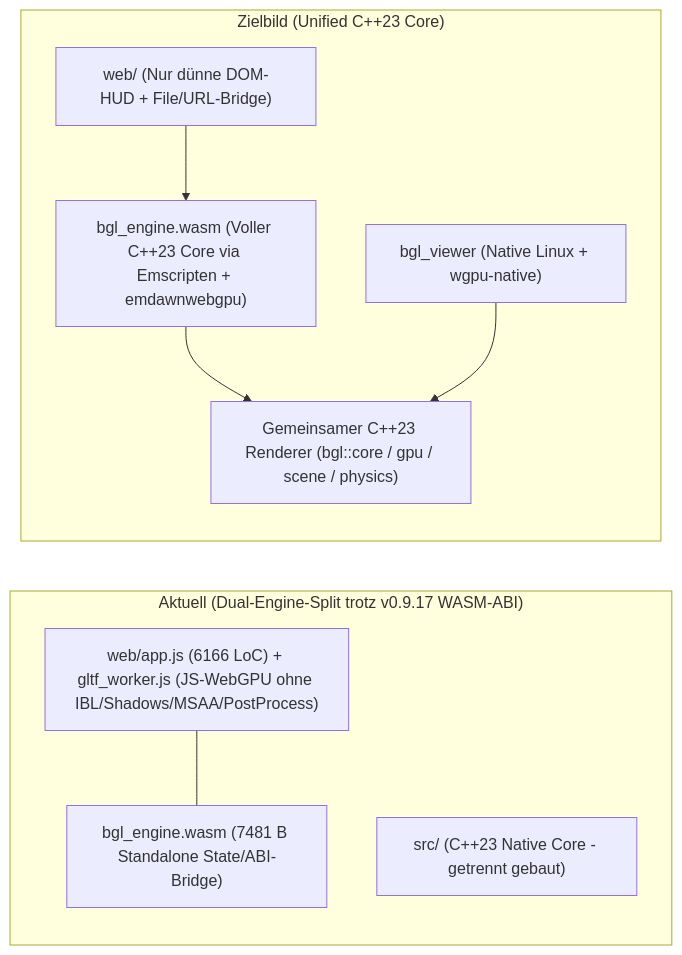
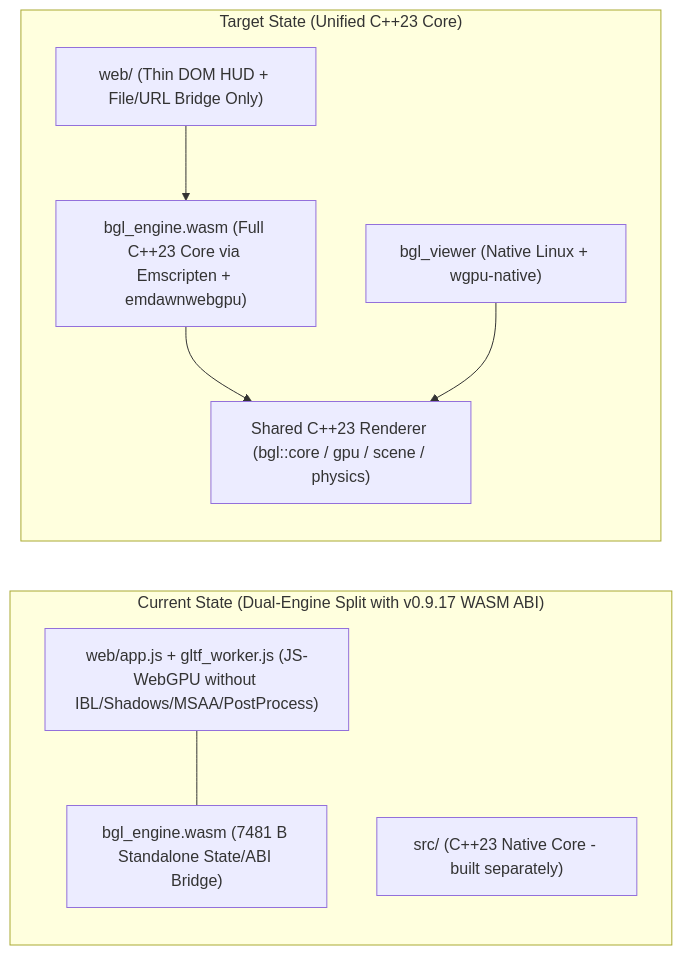
One commit to bkuolt/web-assembly-demo changed the first of 3 diagrams in docs/FEATURE_AND_PHYSICS_REPORT.md. Above: the diagram before and after it, drawn with Mermaid. The commit also changed other lines of this file and 27 other files, not shown here.

Commit message:
ci,gpu: finalize GitHub/local CI pipeline, Pages WASM deployment, and instanced vertex layout fixes

````diff
--- a/docs/FEATURE_AND_PHYSICS_REPORT.md
+++ b/docs/FEATURE_AND_PHYSICS_REPORT.md
@@ -40,19 +40,19 @@
 ```mermaid
 flowchart LR
-    subgraph "Aktuell (Dual-Engine-Split trotz v0.9.17 WASM-ABI)"
-        JS["web/app.js (6166 LoC) + gltf_worker.js (JS-WebGPU ohne IBL/Shadows/MSAA/PostProcess)"]
-        WASM["bgl_engine.wasm (7481 B Standalone State/ABI-Bridge)"]
-        CPP["src/ (C++23 Native Core - getrennt gebaut)"]
+    subgraph "Current State (Dual-Engine Split with v0.9.17 WASM ABI)"
+        JS["web/app.js + gltf_worker.js (JS-WebGPU without IBL/Shadows/MSAA/PostProcess)"]
+        WASM["bgl_engine.wasm (7481 B Standalone State/ABI Bridge)"]
+        CPP["src/ (C++23 Native Core - built separately)"]
         JS --- WASM
     end
 
-    subgraph "Zielbild (Unified C++23 Core)"
-        DOM["web/ (Nur dünne DOM-HUD + File/URL-Bridge)"]
-        WASM_FULL["bgl_engine.wasm (Voller C++23 Core via Emscripten + emdawnwebgpu)"]
+    subgraph "Target State (Unified C++23 Core)"
+        DOM["web/ (Thin DOM HUD + File/URL Bridge Only)"]
+        WASM_FULL["bgl_engine.wasm (Full C++23 Core via Emscripten + emdawnwebgpu)"]
         NAT["bgl_viewer (Native Linux + wgpu-native)"]
-        CORE["Gemeinsamer C++23 Renderer (bgl::core / gpu / scene / physics)"]
+        CORE["Shared C++23 Renderer (bgl::core / gpu / scene / physics)"]
         DOM --> WASM_FULL
         WASM_FULL --> CORE
         NAT --> CORE
     end
 ```
````
